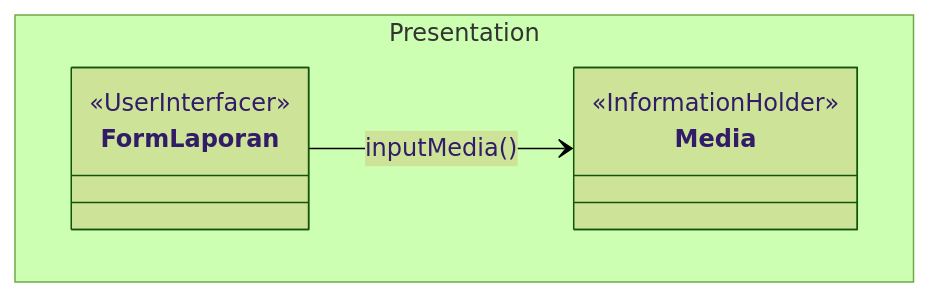
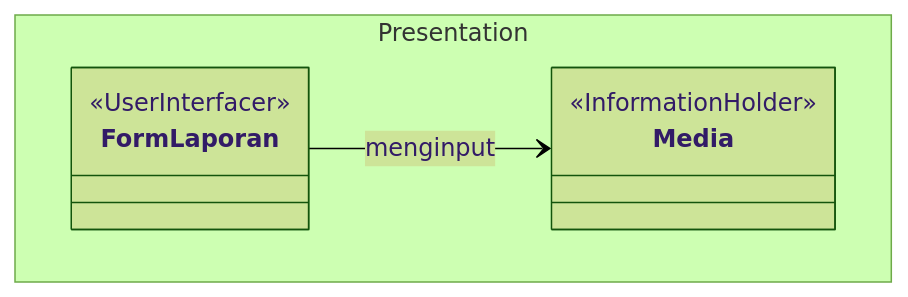
Before and after one commit to star-scripter/IF2150-RPL-K03-G02: the second of 9 diagrams in docs/M4/K03_G02_CD.md, drawn with Mermaid (forest theme). The commit also changed other lines of this file, not shown here.

````diff
--- a/docs/M4/K03_G02_CD.md
+++ b/docs/M4/K03_G02_CD.md
@@ -391,13 +391,13 @@
 ```mermaid
 classDiagram
     direction TB
 
     namespace Presentation {
         class FormLaporan
         class Media
     }
     <<UserInterfacer>> FormLaporan
     <<InformationHolder>> Media
 
-    FormLaporan --> Media : inputMedia()
+    FormLaporan --> Media : menginput
 ```
````
